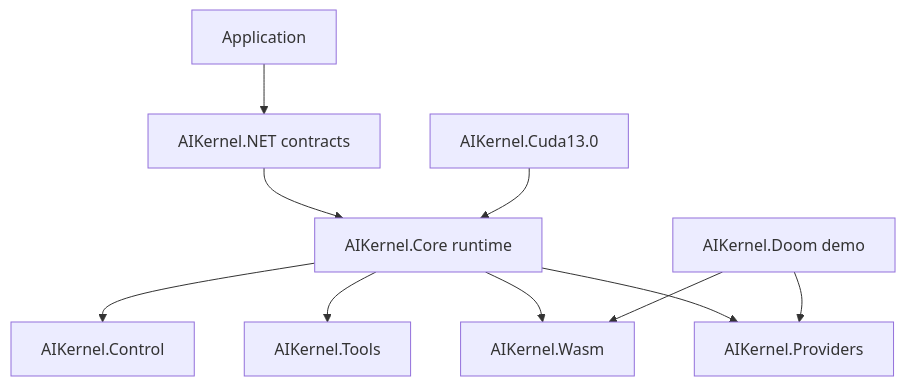
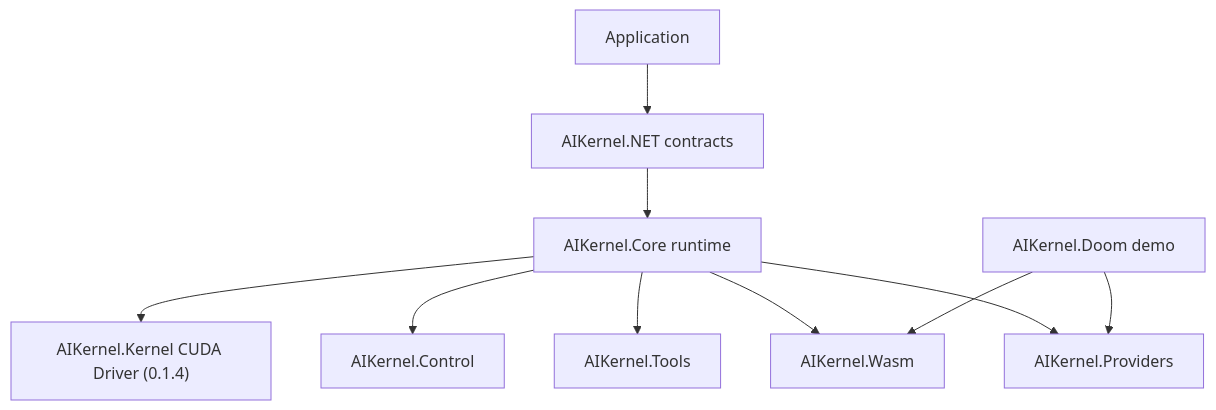
The diagram in docs/architecture/index.md (AIKernel-NET/AIKernel.NET), drawn with Mermaid before and after one commit. The commit also changed other lines of this file, not shown here.

Commit message:
Point the architecture guide to the Kernel CUDA Driver

````diff
--- a/docs/architecture/index.md
+++ b/docs/architecture/index.md
@@ -47,12 +47,12 @@
 ```mermaid
 flowchart TD
     App["Application"] --> Contracts["AIKernel.NET contracts"]
     Contracts --> Core["AIKernel.Core runtime"]
     Core --> Providers["AIKernel.Providers"]
     Core --> Tools["AIKernel.Tools"]
     Core --> Wasm["AIKernel.Wasm"]
     Core --> Control["AIKernel.Control"]
-    Cuda["AIKernel.Cuda13.0"] --> Core
+    Core --> Cuda["AIKernel.Kernel CUDA Driver (0.1.4)"]
     Doom["AIKernel.Doom demo"] --> Wasm
     Doom --> Providers
 ```
````
